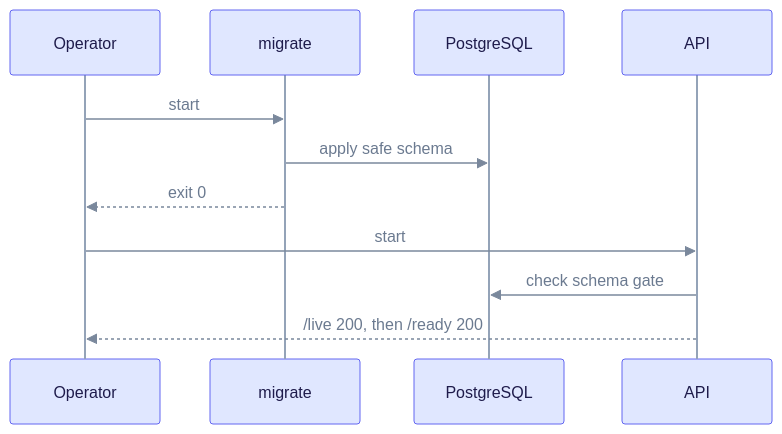
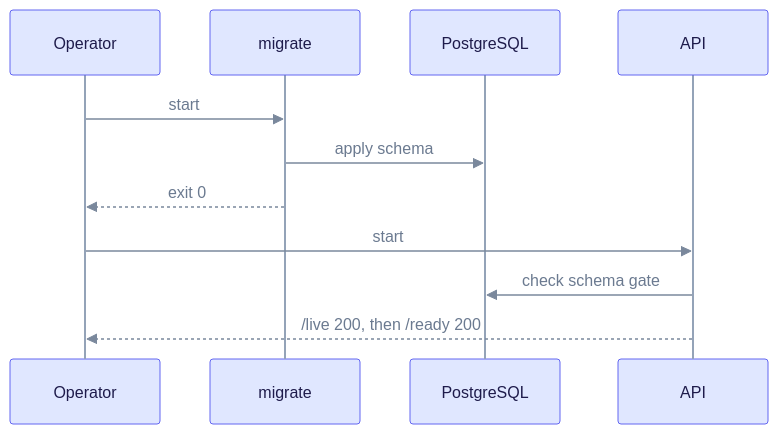
The second of 2 diagrams in docs/operations/deployment.md (raphaelmansuy/edgequake), drawn with Mermaid before and after one commit. The commit also changed other lines of this file and 194 other files, not shown here.

First line of the commit message:
Refresh docs against code and rebuild schema E/R as progressive steps

````diff
--- a/docs/operations/deployment.md
+++ b/docs/operations/deployment.md
@@ -65,15 +65,15 @@
 ```mermaid
 %%{init: {"theme":"base","themeVariables":{"primaryColor":"#E0E7FF","primaryBorderColor":"#6366F1","primaryTextColor":"#1E1B4B","secondaryColor":"#D1FAE5","secondaryBorderColor":"#10B981","secondaryTextColor":"#064E3B","tertiaryColor":"#FEF3C7","tertiaryBorderColor":"#F59E0B","tertiaryTextColor":"#6B7A90","lineColor":"#7A889C","clusterBkg":"rgba(99,102,241,0.07)","clusterBorder":"#A5B4FC","noteBkgColor":"#FEF9C3","noteTextColor":"#422006","textColor":"#6B7A90","titleColor":"#6B7A90","signalColor":"#7A889C","signalTextColor":"#6B7A90","loopTextColor":"#6B7A90","edgeLabelBackground":"#F1F5F9","actorLineColor":"#94A3B8"}}}%%
 %% eq-theme:v1
 sequenceDiagram
   participant Op as Operator
   participant Mig as migrate
   participant DB as PostgreSQL
   participant Api as API
   Op->>Mig: start
-  Mig->>DB: apply safe schema
+  Mig->>DB: apply schema
   Mig-->>Op: exit 0
   Op->>Api: start
   Api->>DB: check schema gate
   Api-->>Op: /live 200, then /ready 200
 ```
````
